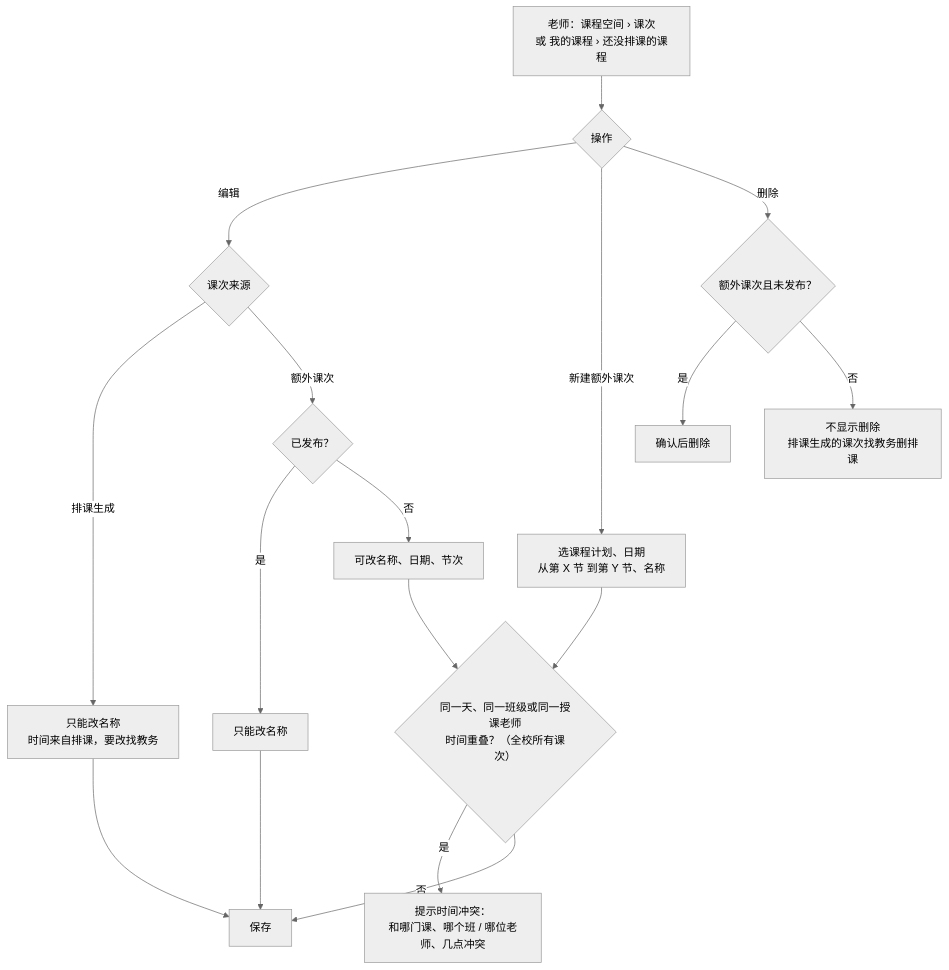
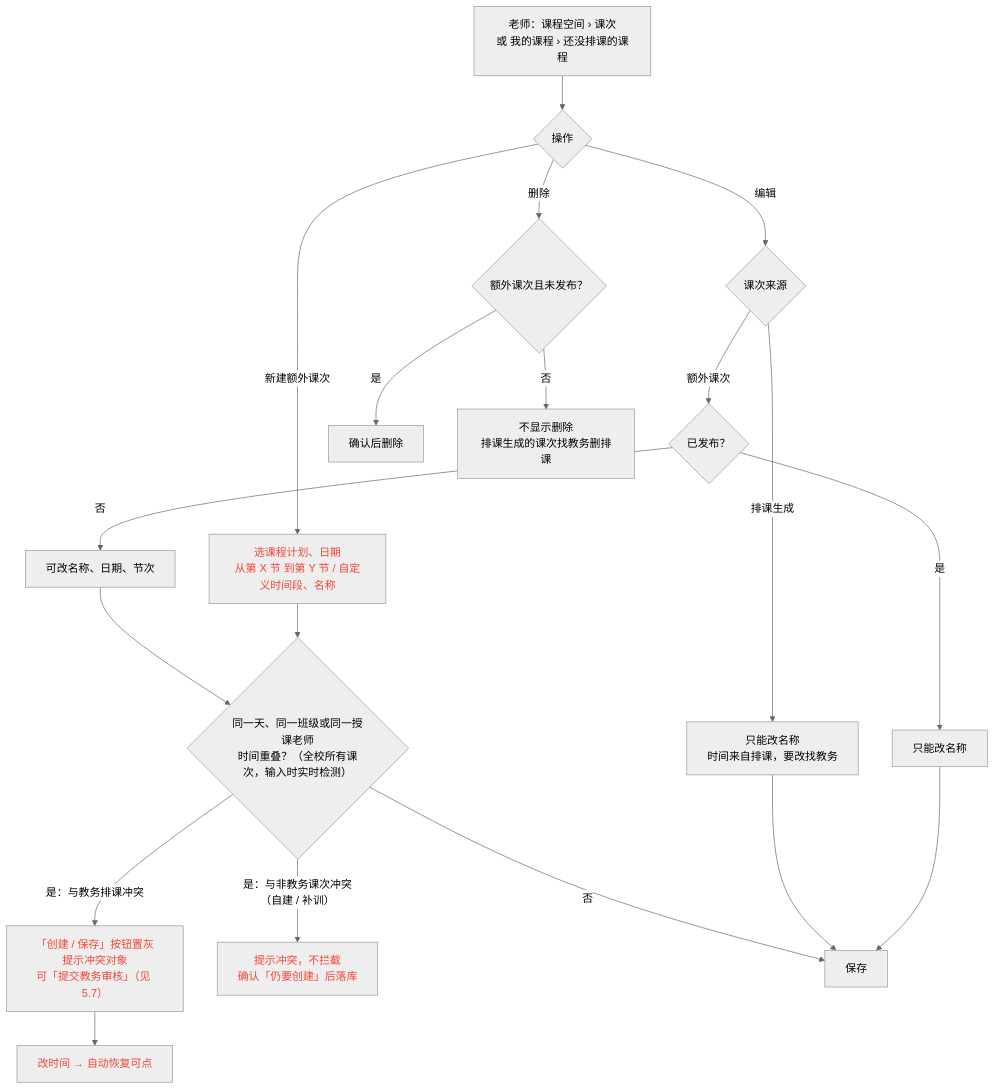
The fifth of 6 diagrams in PRD-第一批-课程与排课.md (qlf123/industry-analyzer-demo), drawn with Mermaid (neutral theme) before and after one commit. The commit also changed other lines of this file and 23 other files, not shown here.

````diff
--- a/PRD-第一批-课程与排课.md
+++ b/PRD-第一批-课程与排课.md
@@ -137,19 +148,24 @@
 ```mermaid
 flowchart TD
     A["老师：课程空间 › 课次<br/>或 我的课程 › 还没排课的课程"] --> B{"操作"}
     B -- "编辑" --> C{"课次来源"}
     C -- "排课生成" --> C1["只能改名称<br/>时间来自排课，要改找教务"]
     C -- "额外课次" --> C2{"已发布？"}
     C2 -- "是" --> C3["只能改名称"]
     C2 -- "否" --> C4["可改名称、日期、节次"]
-    C4 --> D{"同一天、同一班级或同一授课老师<br/>时间重叠？（全校所有课次）"}
-    D -- "是" --> D1["提示时间冲突：<br/>和哪门课、哪个班 / 哪位老师、几点冲突"]
+    C4 --> D{"同一天、同一班级或同一授课老师<br/>时间重叠？（全校所有课次，输入时实时检测）"}
+    D -- "是：与教务排课冲突" --> D2["「创建 / 保存」按钮置灰<br/>提示冲突对象<br/>可「提交教务审核」（见 5.7）"]
+    D2 --> D3["改时间 → 自动恢复可点"]
+    D -- "是：与非教务课次冲突<br/>（自建 / 补训）" --> D4["提示冲突，不拦截<br/>确认「仍要创建」后落库"]
     D -- "否" --> E["保存"]
     C1 --> E
     C3 --> E
-    B -- "新建额外课次" --> F["选课程计划、日期<br/>从第 X 节 到第 Y 节、名称"]
+    B -- "新建额外课次" --> F["选课程计划、日期<br/>从第 X 节 到第 Y 节 / 自定义时间段、名称"]
     F --> D
     B -- "删除" --> G{"额外课次且未发布？"}
     G -- "是" --> G1["确认后删除"]
     G -- "否" --> G2["不显示删除<br/>排课生成的课次找教务删排课"]
+
+    classDef v15 color:#F04438;
+    class D2,D3,D4,F v15;
 ```
````
